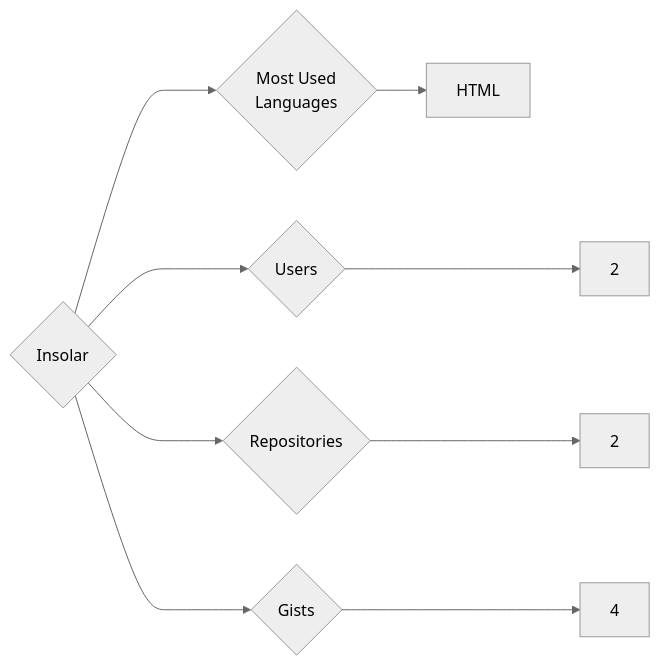
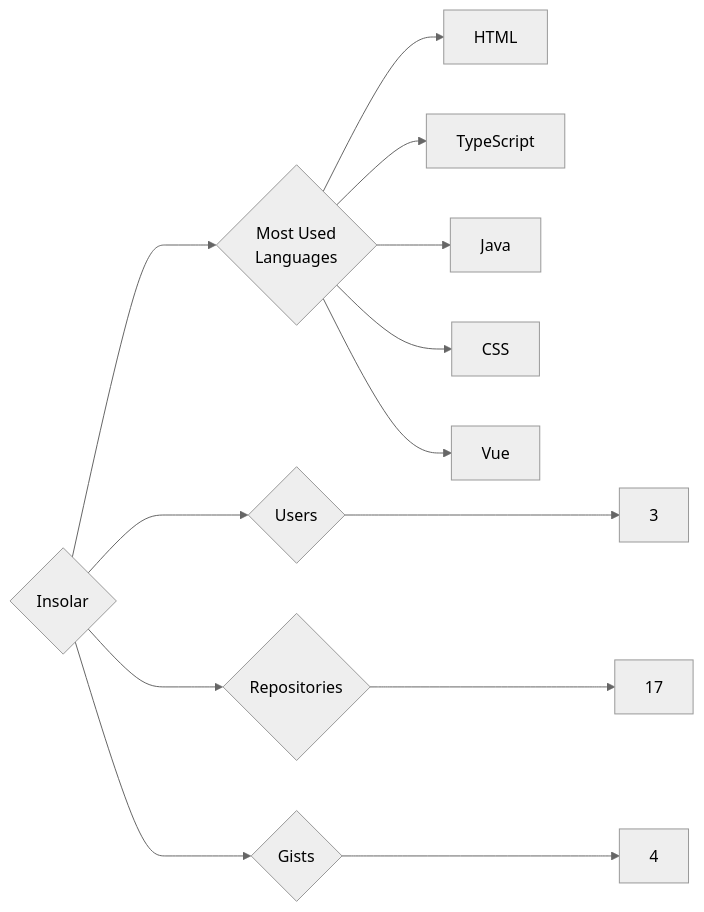
Before and after one commit to trickest/insiders: the diagram in targets/Insolar/README.md, drawn with Mermaid (neutral theme). The commit also changed 736 other files, not shown here.

````diff
--- a/targets/Insolar/README.md
+++ b/targets/Insolar/README.md
@@ -3,9 +3,13 @@
 ```mermaid
 graph LR
 COMPANY_NAME{Insolar}
-COMPANY_NAME ---> U{Users} ---> UN[2]
-COMPANY_NAME ---> R{Repositories} ---> RN[2]
+COMPANY_NAME ---> U{Users} ---> UN[3]
+COMPANY_NAME ---> R{Repositories} ---> RN[17]
 COMPANY_NAME ---> G{Gists} ---> GN[4]
 COMPANY_NAME ---> ML{Most Used<br>Languages}
 ML --> HTML[HTML]
+ML --> TypeScript[TypeScript]
+ML --> Java[Java]
+ML --> CSS[CSS]
+ML --> Vue[Vue]
 ```
````
